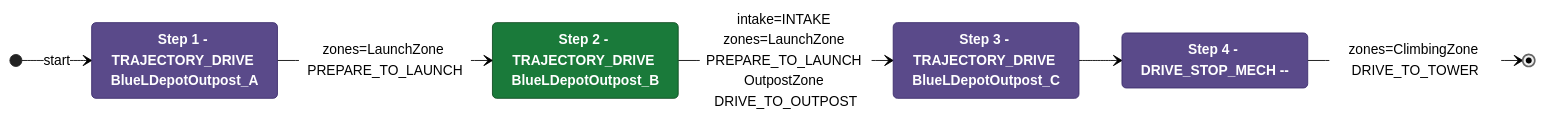
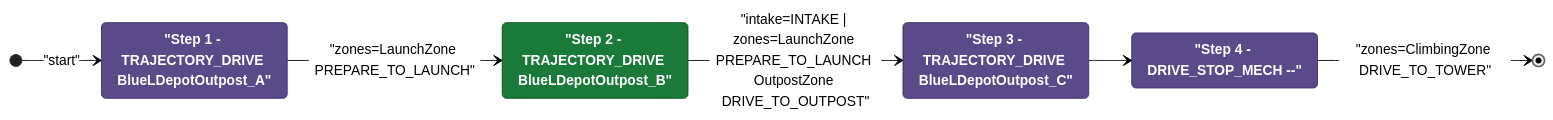
One commit to Team302/2026Rebuilt changed the diagram in documents/auton/RedTDepLaunch0DepOutScoreClimb.md. Above: the diagram before and after it, drawn with Mermaid (neutral theme). The commit also changed other lines of this file and 242 other files, not shown here.

Commit message:
Regenerated diagrams with fixed red

````diff
--- a/documents/auton/RedTDepLaunch0DepOutScoreClimb.md
+++ b/documents/auton/RedTDepLaunch0DepOutScoreClimb.md
@@ -8,24 +8,24 @@
 ```mermaid
 stateDiagram-v2
     direction LR
 
     %% Green = intake active, Purple = intake off
     classDef intake  fill:#1a7a3a,color:#ffffff,stroke:#0d4a1f,font-weight:bold
     classDef noIntake fill:#5a4a8a,color:#ffffff,stroke:#3a2a6a,font-weight:bold
 
-    Step1 : Step 1 - TRAJECTORY_DRIVE BlueLDepotOutpost_A
-    Step2 : Step 2 - TRAJECTORY_DRIVE BlueLDepotOutpost_B
-    Step3 : Step 3 - TRAJECTORY_DRIVE BlueLDepotOutpost_C
-    Step4 : Step 4 - DRIVE_STOP_MECH --
+    Step1 : "Step 1 - TRAJECTORY_DRIVE BlueLDepotOutpost_A"
+    Step2 : "Step 2 - TRAJECTORY_DRIVE BlueLDepotOutpost_B"
+    Step3 : "Step 3 - TRAJECTORY_DRIVE BlueLDepotOutpost_C"
+    Step4 : "Step 4 - DRIVE_STOP_MECH --"
 
     class Step1 noIntake
     class Step2 intake
     class Step3 noIntake
     class Step4 noIntake
 
-    [*] --> Step1 : start
-    Step1 --> Step2: zones=LaunchZone PREPARE_TO_LAUNCH
-    Step2 --> Step3: intake=INTAKE zones=LaunchZone PREPARE_TO_LAUNCH OutpostZone DRIVE_TO_OUTPOST
+    [*] --> Step1 : "start"
+    Step1 --> Step2: "zones=LaunchZone PREPARE_TO_LAUNCH"
+    Step2 --> Step3: "intake=INTAKE | zones=LaunchZone PREPARE_TO_LAUNCH OutpostZone DRIVE_TO_OUTPOST"
     Step3 --> Step4
-    Step4 --> [*]: zones=ClimbingZone DRIVE_TO_TOWER
+    Step4 --> [*]: "zones=ClimbingZone DRIVE_TO_TOWER"
 ```
````
